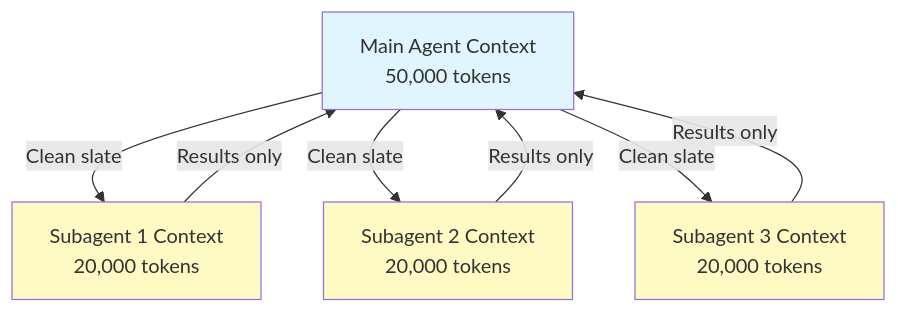
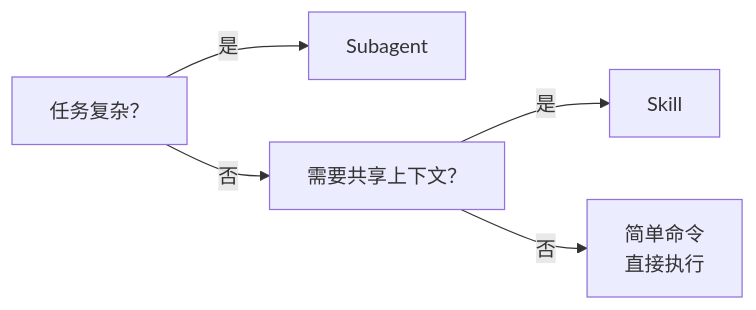
Before and after one commit to hellojoju/claude-code-lesson: the third of 3 diagrams in 06-subagents/README.md, drawn with Mermaid. The commit also changed other lines of this file and 11 other files, not shown here.

````diff
--- a/06-subagents/README.md
+++ b/06-subagents/README.md
@@ -1056,20 +556,7 @@
 ```mermaid
-graph TB
-    A["Main Agent Context<br/>50,000 tokens"]
-    B["Subagent 1 Context<br/>20,000 tokens"]
-    C["Subagent 2 Context<br/>20,000 tokens"]
-    D["Subagent 3 Context<br/>20,000 tokens"]
-
-    A -->|Clean slate| B
-    A -->|Clean slate| C
-    A -->|Clean slate| D
-
-    B -->|Results only| A
-    C -->|Results only| A
-    D -->|Results only| A
-
-    style A fill:#e1f5fe
-    style B fill:#fff9c4
-    style C fill:#fff9c4
-    style D fill:#fff9c4
+graph LR
+    A["任务复杂？"] -->|是| B["Subagent"]
+    A -->|否| C["需要共享上下文？"]
+    C -->|是| D["Skill"]
+    C -->|否| E["简单命令<br/>直接执行"]
 ```
````
